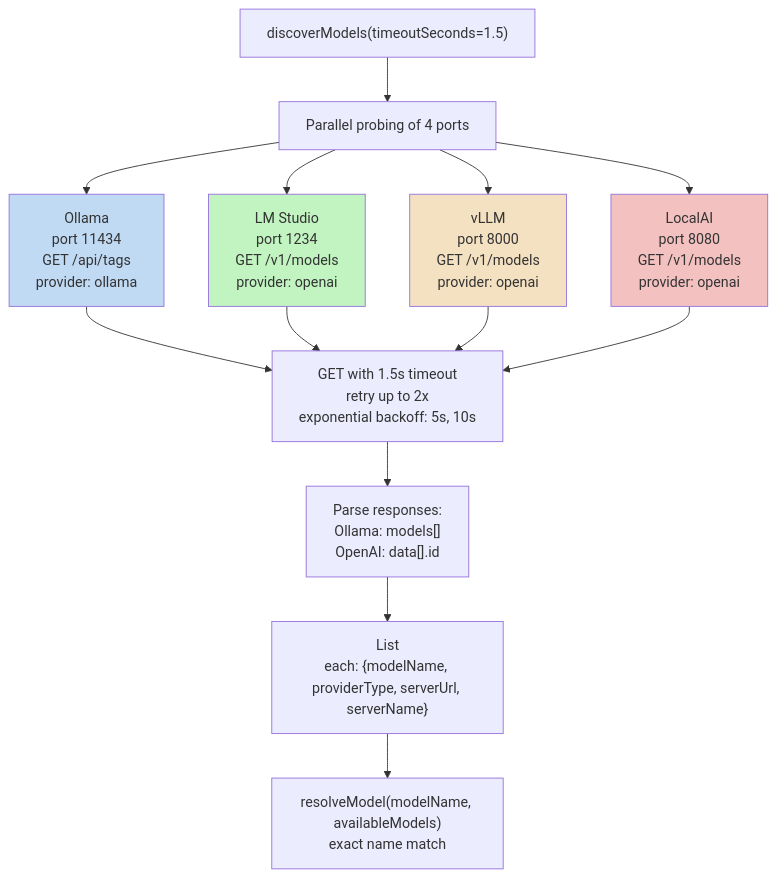
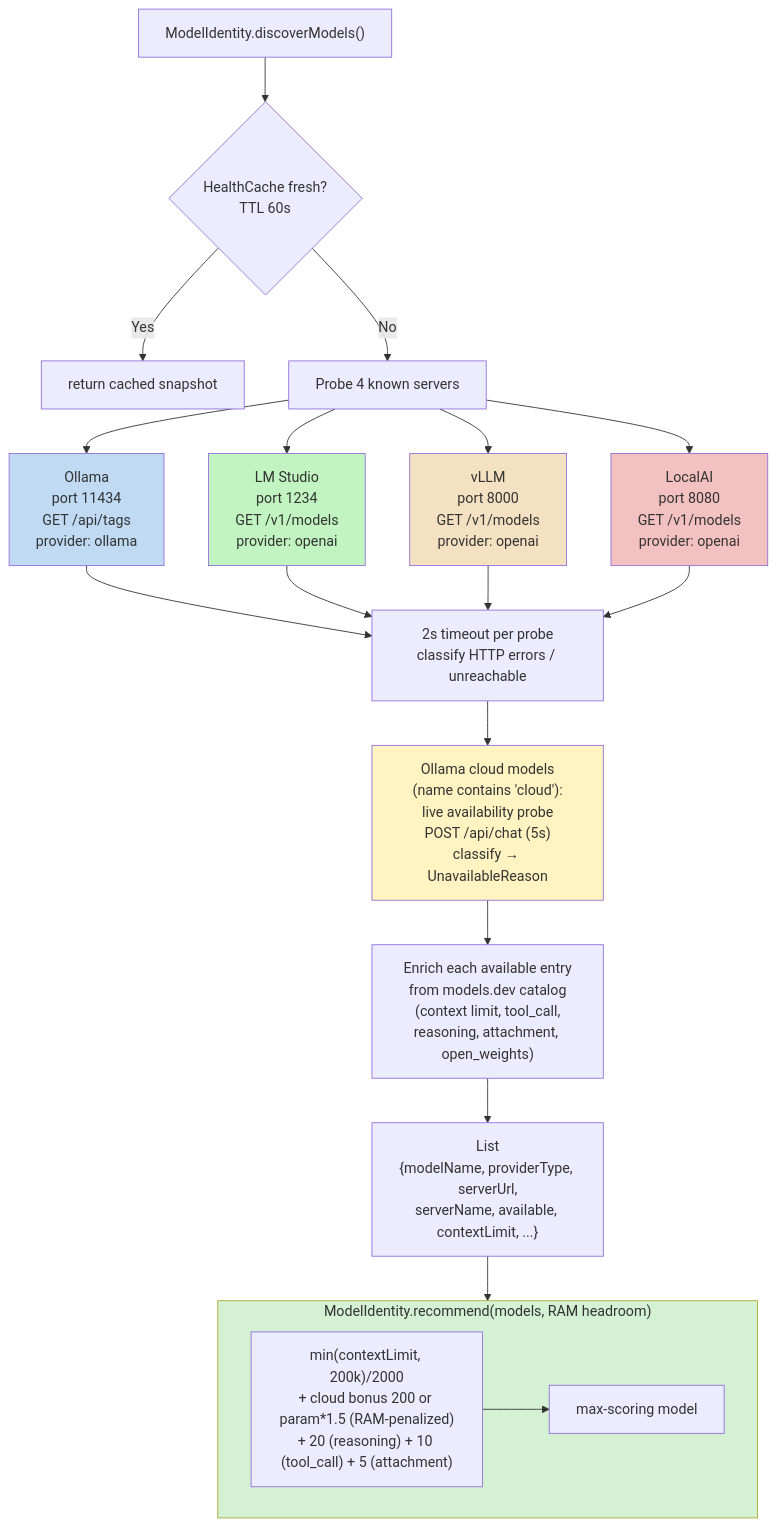
Before and after one commit to lg841226/Gradum: the tenth of 29 diagrams in docs/ARCHITECTURE.md, drawn with Mermaid. The commit also changed other lines of this file and 5 other files, not shown here.

Commit message:
docs: sync ARCHITECTURE.md with framework refactor and polish skill/plugin code

````diff
--- a/docs/ARCHITECTURE.md
+++ b/docs/ARCHITECTURE.md
@@ -673,19 +742,30 @@
 ```mermaid
-flowchart TB
-    START["discoverModels(timeoutSeconds=1.5)"] --> PARALLEL[Parallel probing of 4 ports]
-    PARALLEL --> P1[Ollama<br/>port 11434<br/>GET /api/tags<br/>provider: ollama]
-    PARALLEL --> P2[LM Studio<br/>port 1234<br/>GET /v1/models<br/>provider: openai]
-    PARALLEL --> P3[vLLM<br/>port 8000<br/>GET /v1/models<br/>provider: openai]
-    PARALLEL --> P4[LocalAI<br/>port 8080<br/>GET /v1/models<br/>provider: openai]
-    P1 --> R1["GET with 1.5s timeout<br/>retry up to 2x<br/>exponential backoff: 5s, 10s"]
+flowchart TD
+    START["ModelIdentity.discoverModels()"] --> CACHE{HealthCache fresh?<br/>TTL 60s}
+    CACHE -- Yes --> CACHED["return cached snapshot"]
+    CACHE -- No --> PROBE[Probe 4 known servers]
+    PROBE --> P1[Ollama<br/>port 11434<br/>GET /api/tags<br/>provider: ollama]
+    PROBE --> P2[LM Studio<br/>port 1234<br/>GET /v1/models<br/>provider: openai]
+    PROBE --> P3[vLLM<br/>port 8000<br/>GET /v1/models<br/>provider: openai]
+    PROBE --> P4[LocalAI<br/>port 8080<br/>GET /v1/models<br/>provider: openai]
+    P1 --> R1["2s timeout per probe<br/>classify HTTP errors / unreachable"]
     P2 --> R1
     P3 --> R1
     P4 --> R1
-    R1 --> PARSE["Parse responses:<br/>Ollama: models[]<br/>OpenAI: data[].id"]
-    PARSE --> RESULT["List<ModelEntry><br/>each: {modelName, providerType, serverUrl, serverName}"]
-    RESULT --> RESOLVE["resolveModel(modelName, availableModels)<br/>exact name match"]
+
+    R1 --> CLOUD["Ollama cloud models<br/>(name contains 'cloud'):<br/>live availability probe<br/>POST /api/chat (5s)<br/>classify → UnavailableReason"]
+    CLOUD --> META["Enrich each available entry<br/>from models.dev catalog<br/>(context limit, tool_call,<br/>reasoning, attachment, open_weights)"]
+    META --> RESULT["List<ModelEntry><br/>{modelName, providerType, serverUrl,<br/>serverName, available, contextLimit, ...}"]
+
+    subgraph RECOMMEND["ModelIdentity.recommend(models, RAM headroom)"]
+        SCORE["min(contextLimit, 200k)/2000<br/>+ cloud bonus 200 or param*1.5 (RAM-penalized)<br/>+ 20 (reasoning) + 10 (tool_call) + 5 (attachment)"]
+        SCORE --> BEST["max-scoring model"]
+    end
+    RESULT --> RECOMMEND
     style P1 fill: #c1daf4
     style P2 fill: #c1f4c1
     style P3 fill: #f4e1c1
     style P4 fill: #f4c1c1
+    style CLOUD fill: #fff4c1
+    style RECOMMEND fill: #d4f1d4
 ```
````
